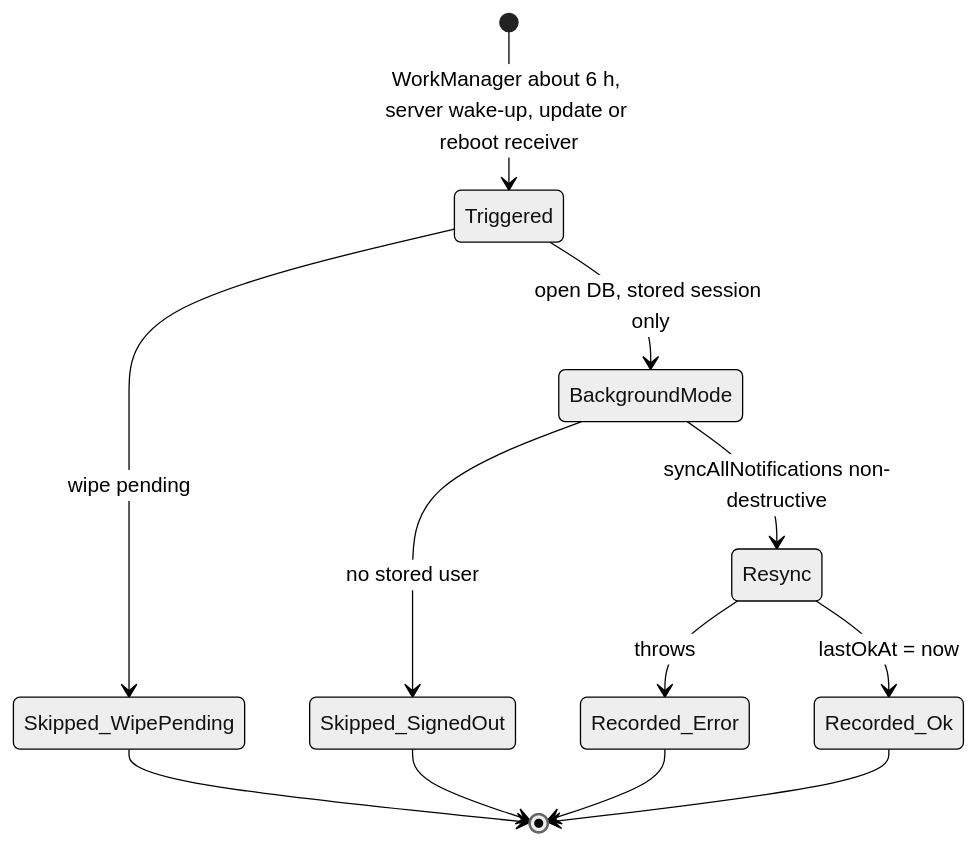
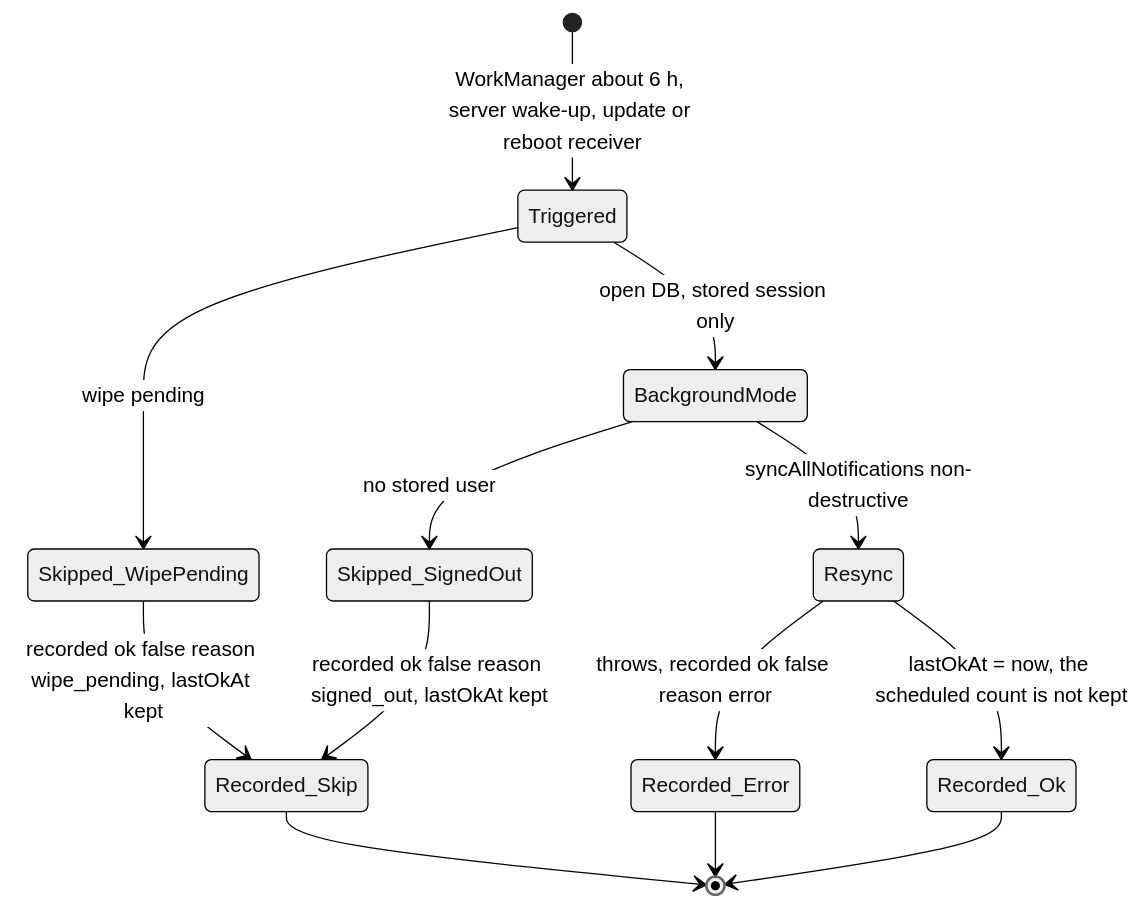
One commit to evandroviskis/dosetrace changed the fifth of 7 diagrams in docs/product/flows/06-reminders-reliability.md. Above: the diagram before and after it, drawn with Mermaid (neutral theme). The commit also changed other lines of this file and 26 other files, not shown here.

Commit message:
docs/product: round-2 corrections propagated to PRD (G-1..G-233), TRD + dossiers, flows + Portuguese picture from the final registers; 105 diagrams parse; zero stale ids

````diff
--- a/docs/product/flows/06-reminders-reliability.md
+++ b/docs/product/flows/06-reminders-reliability.md
@@ -119,14 +119,15 @@
 ```mermaid
 stateDiagram-v2
     [*] --> Triggered: WorkManager about 6 h, server wake-up, update or reboot receiver
     Triggered --> Skipped_WipePending: wipe pending
     Triggered --> BackgroundMode: open DB, stored session only
     BackgroundMode --> Skipped_SignedOut: no stored user
     BackgroundMode --> Resync: syncAllNotifications non-destructive
-    Resync --> Recorded_Error: throws
-    Resync --> Recorded_Ok: lastOkAt = now
-    Skipped_WipePending --> [*]
-    Skipped_SignedOut --> [*]
+    Resync --> Recorded_Error: throws, recorded ok false reason error
+    Resync --> Recorded_Ok: lastOkAt = now, the scheduled count is not kept
+    Skipped_WipePending --> Recorded_Skip: recorded ok false reason wipe_pending, lastOkAt kept
+    Skipped_SignedOut --> Recorded_Skip: recorded ok false reason signed_out, lastOkAt kept
+    Recorded_Skip --> [*]
     Recorded_Error --> [*]
     Recorded_Ok --> [*]
 ```
````
